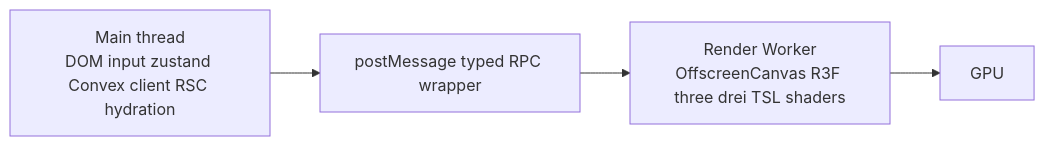
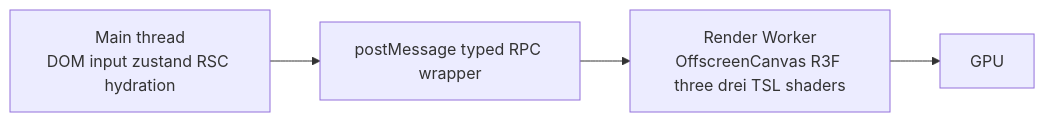
One commit to 1qh/sim-doc changed the diagram in adr/offscreen-canvas-render.md. Above: the diagram before and after it, drawn with Mermaid. The commit also changed other lines of this file and 70 other files, not shown here.

````diff
--- a/adr/offscreen-canvas-render.md
+++ b/adr/offscreen-canvas-render.md
@@ -16,6 +16,6 @@
 ```mermaid
 flowchart LR
-    Main[Main thread<br/>DOM input zustand Convex client RSC hydration] --> Postmessage[postMessage typed RPC wrapper]
+    Main[Main thread<br/>DOM input zustand RSC hydration] --> Postmessage[postMessage typed RPC wrapper]
     Postmessage --> Worker[Render Worker<br/>OffscreenCanvas R3F three drei TSL shaders]
     Worker --> GPU[GPU]
 ```
````
